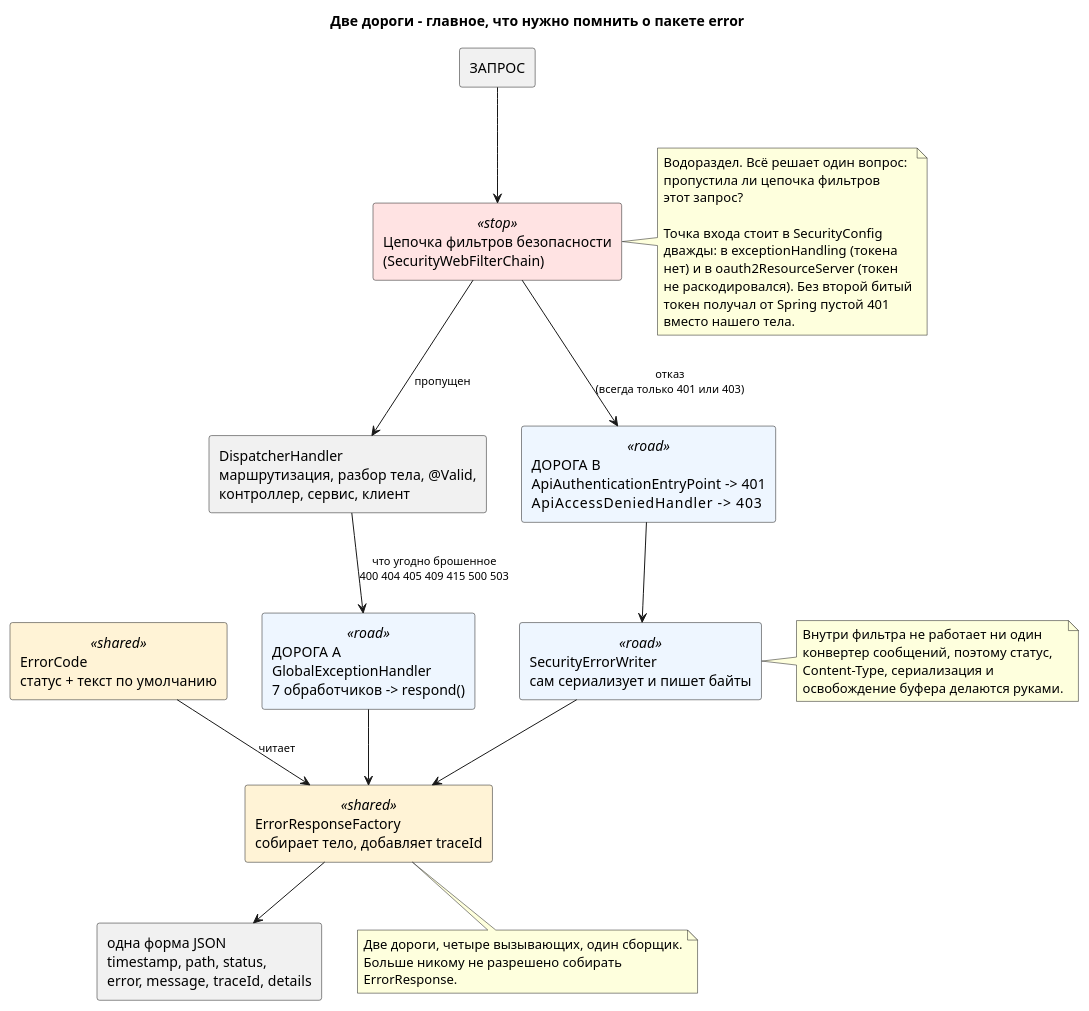
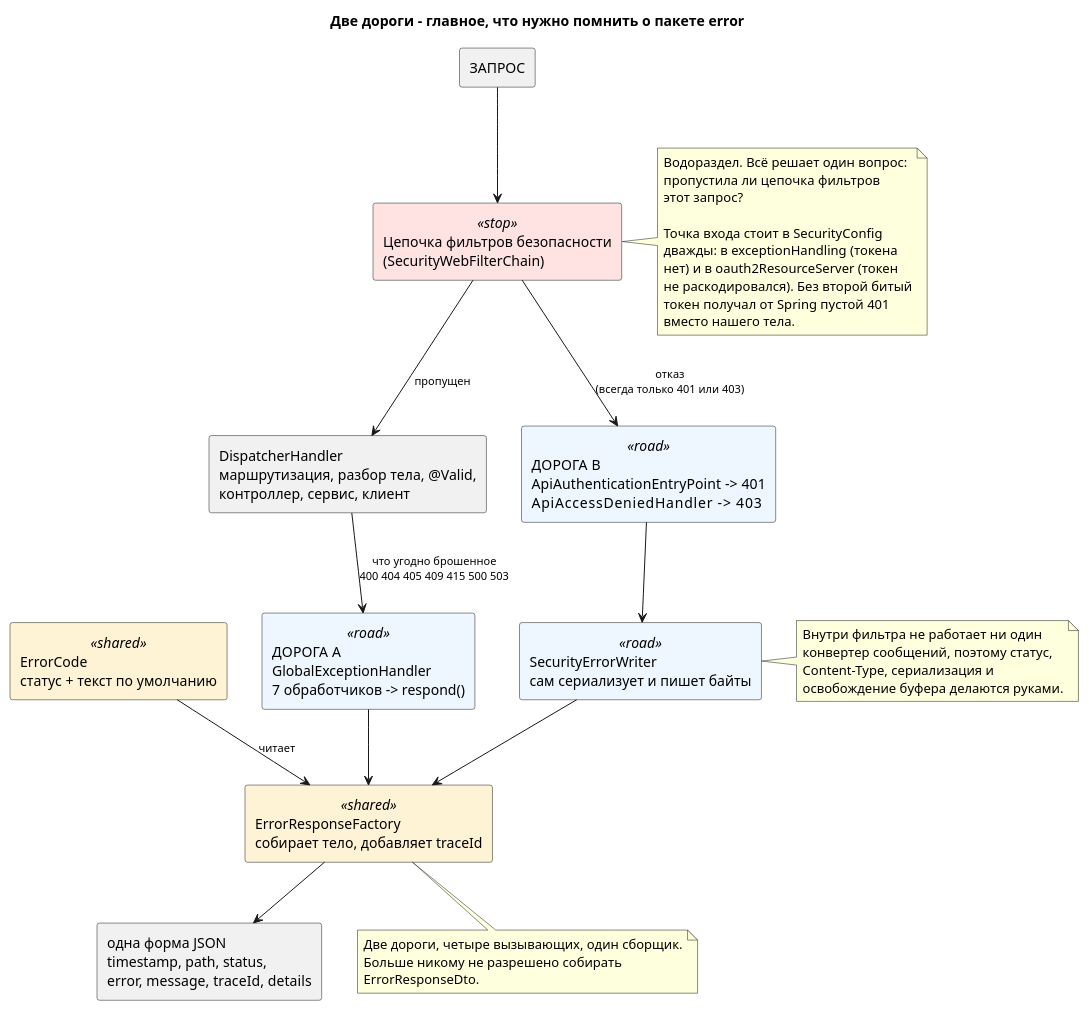
One commit to dezxxx/payment-platform changed the diagram in docs/puml-ru/error-two-roads.puml. Above: the diagram before and after it, drawn with PlantUML. The commit also changed 20 other files, not shown here.

```diff
--- a/docs/puml-ru/error-two-roads.puml
+++ b/docs/puml-ru/error-two-roads.puml
@@ -1,65 +1,65 @@
 @startuml error-two-roads
 title Две дороги - главное, что нужно помнить о пакете error
 
 skinparam shadowing false
 skinparam rectangle {
   BackgroundColor<<road>> #EEF6FF
   BackgroundColor<<shared>> #FFF3D6
   BackgroundColor<<stop>> #FFE3E3
 }
 skinparam ArrowFontSize 11
 
 rectangle "ЗАПРОС" as Req
 
 rectangle "Цепочка фильтров безопасности\n(SecurityWebFilterChain)" as Sec <<stop>>
 
 rectangle "DispatcherHandler\nмаршрутизация, разбор тела, @Valid,\nконтроллер, сервис, клиент" as Disp
 
 rectangle "ДОРОГА B\nApiAuthenticationEntryPoint  -> 401\nApiAccessDeniedHandler       -> 403" as RoadB <<road>>
 rectangle "SecurityErrorWriter\nсам сериализует и пишет байты" as Writer <<road>>
 
 rectangle "ДОРОГА A\nGlobalExceptionHandler\n7 обработчиков -> respond()" as RoadA <<road>>
 
 rectangle "ErrorResponseFactory\nсобирает тело, добавляет traceId" as Factory <<shared>>
 
 rectangle "ErrorCode\nстатус + текст по умолчанию" as Code <<shared>>
 
 rectangle "одна форма JSON\ntimestamp, path, status,\nerror, message, traceId, details" as Out
 
 Req --> Sec
 Sec --> RoadB : отказ\n(всегда только 401 или 403)
 Sec --> Disp : пропущен
 Disp --> RoadA : что угодно брошенное\n400 404 405 409 415 500 503
 RoadB --> Writer
 Writer --> Factory
 RoadA --> Factory
 Code --> Factory : читает
 Factory --> Out
 
 note right of Sec
   Водораздел. Всё решает один вопрос:
   пропустила ли цепочка фильтров
   этот запрос?
 
   Точка входа стоит в SecurityConfig
   дважды: в exceptionHandling (токена
   нет) и в oauth2ResourceServer (токен
   не раскодировался). Без второй битый
   токен получал от Spring пустой 401
   вместо нашего тела.
 end note
 
 note right of Writer
   Внутри фильтра не работает ни один
   конвертер сообщений, поэтому статус,
   Content-Type, сериализация и
   освобождение буфера делаются руками.
 end note
 
 note bottom of Factory
   Две дороги, четыре вызывающих, один сборщик.
   Больше никому не разрешено собирать
-  ErrorResponse.
+  ErrorResponseDto.
 end note
 
 @enduml
```
